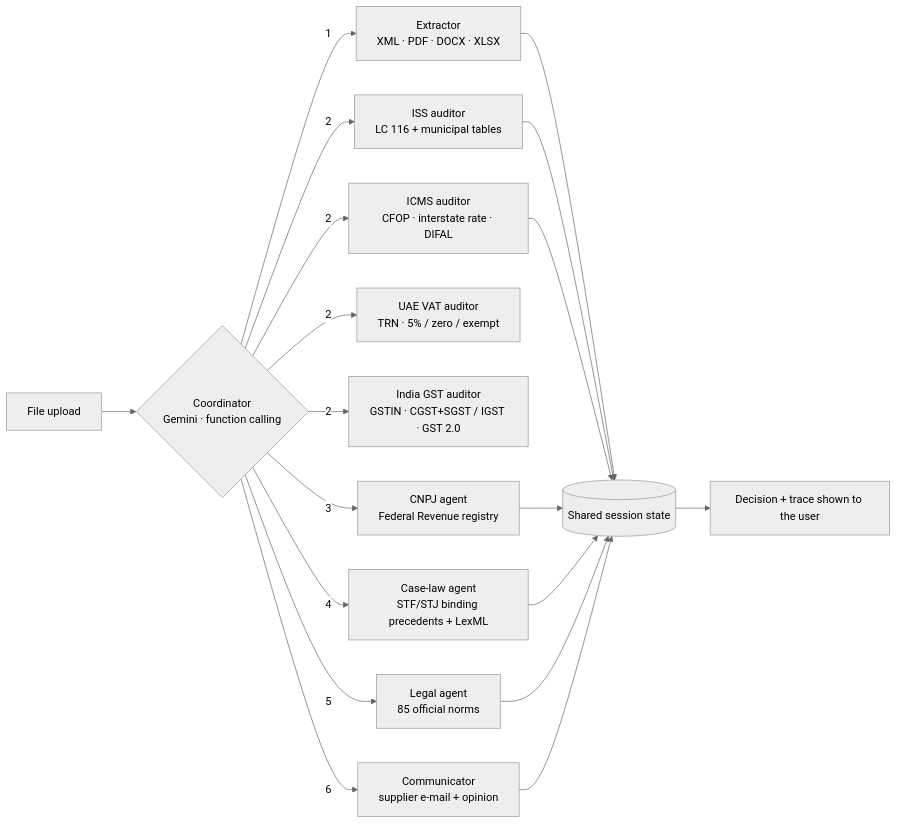
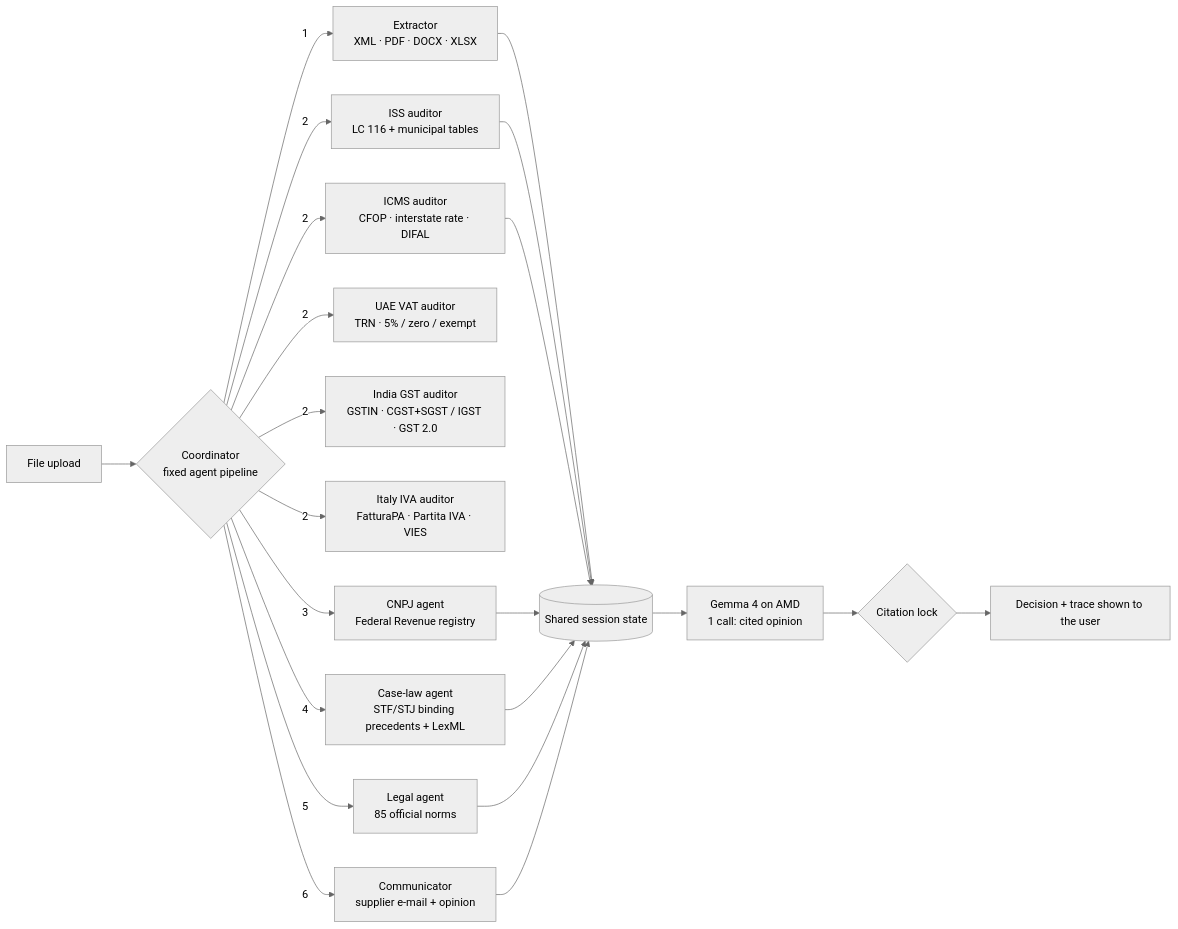
The diagram in README.md (tatianamartins-VYSON/vyson-auditor), drawn with Mermaid (neutral theme) before and after one commit. The commit also changed other lines of this file, not shown here.

First line of the commit message:
README: one model call + citation lock, measured results of 17 Oct, AMD GPU via Token Factory

````diff
--- a/README.md
+++ b/README.md
@@ -27,15 +27,18 @@
 ```mermaid
 flowchart LR
-  U[File upload] --> C{Coordinator<br/>Gemini · function calling}
+  U[File upload] --> C{Coordinator<br/>fixed agent pipeline}
   C -->|1| E[Extractor<br/>XML · PDF · DOCX · XLSX]
   C -->|2| ISS[ISS auditor<br/>LC 116 + municipal tables]
   C -->|2| ICMS[ICMS auditor<br/>CFOP · interstate rate · DIFAL]
   C -->|2| VAT[UAE VAT auditor<br/>TRN · 5% / zero / exempt]
   C -->|2| GST[India GST auditor<br/>GSTIN · CGST+SGST / IGST · GST 2.0]
+  C -->|2| IT[Italy IVA auditor<br/>FatturaPA · Partita IVA · VIES]
   C -->|3| CNPJ[CNPJ agent<br/>Federal Revenue registry]
   C -->|4| J[Case-law agent<br/>STF/STJ binding precedents + LexML]
   C -->|5| L[Legal agent<br/>85 official norms]
   C -->|6| M[Communicator<br/>supplier e-mail + opinion]
   E & ISS & ICMS & CNPJ & J & L & M --> S[(Shared session state)]
-  S --> R[Decision + trace shown to the user]
+  S --> O[Gemma 4 on AMD<br/>1 call: cited opinion]
+  O --> T{Citation lock}
+  T --> R[Decision + trace shown to the user]
 ```
````
